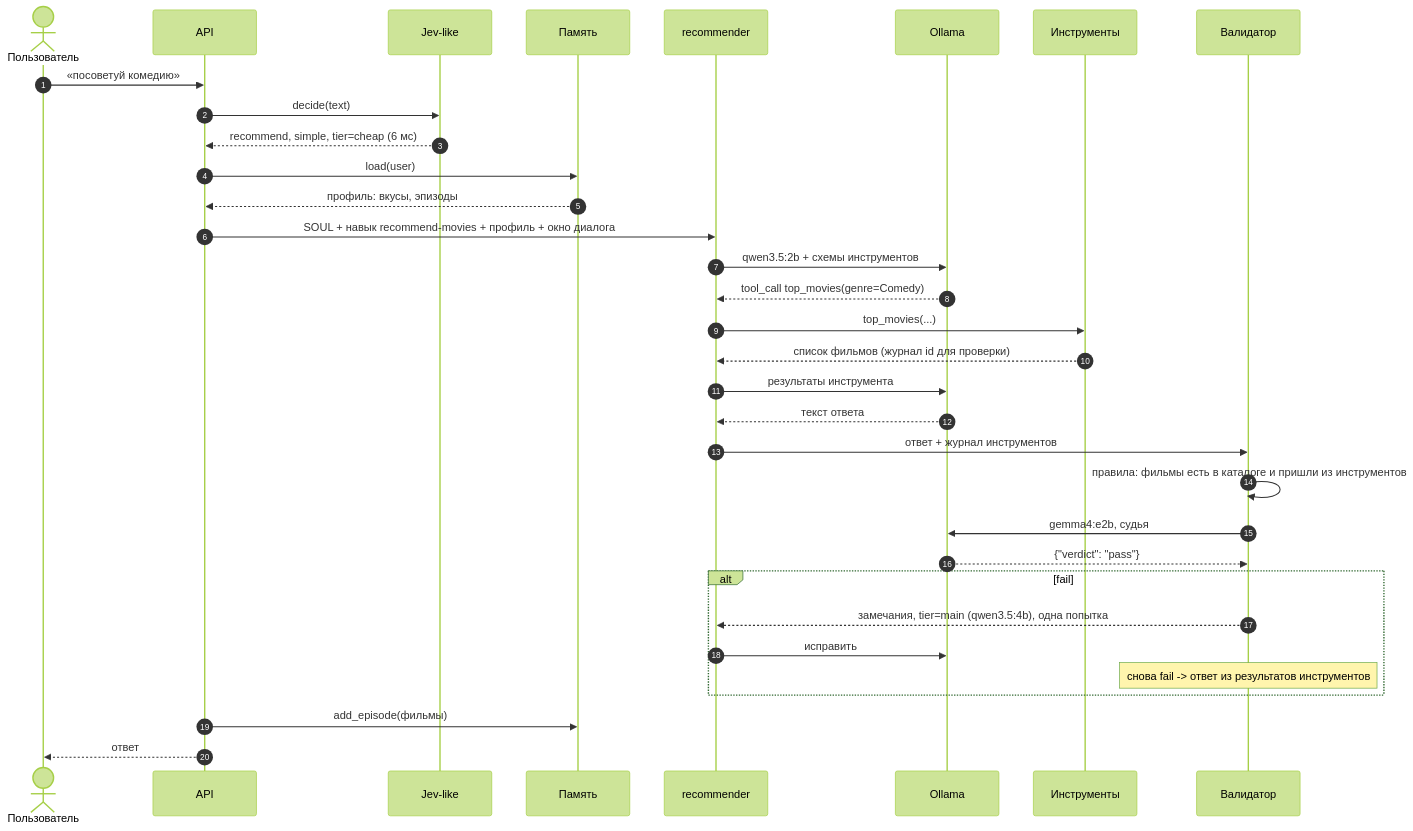
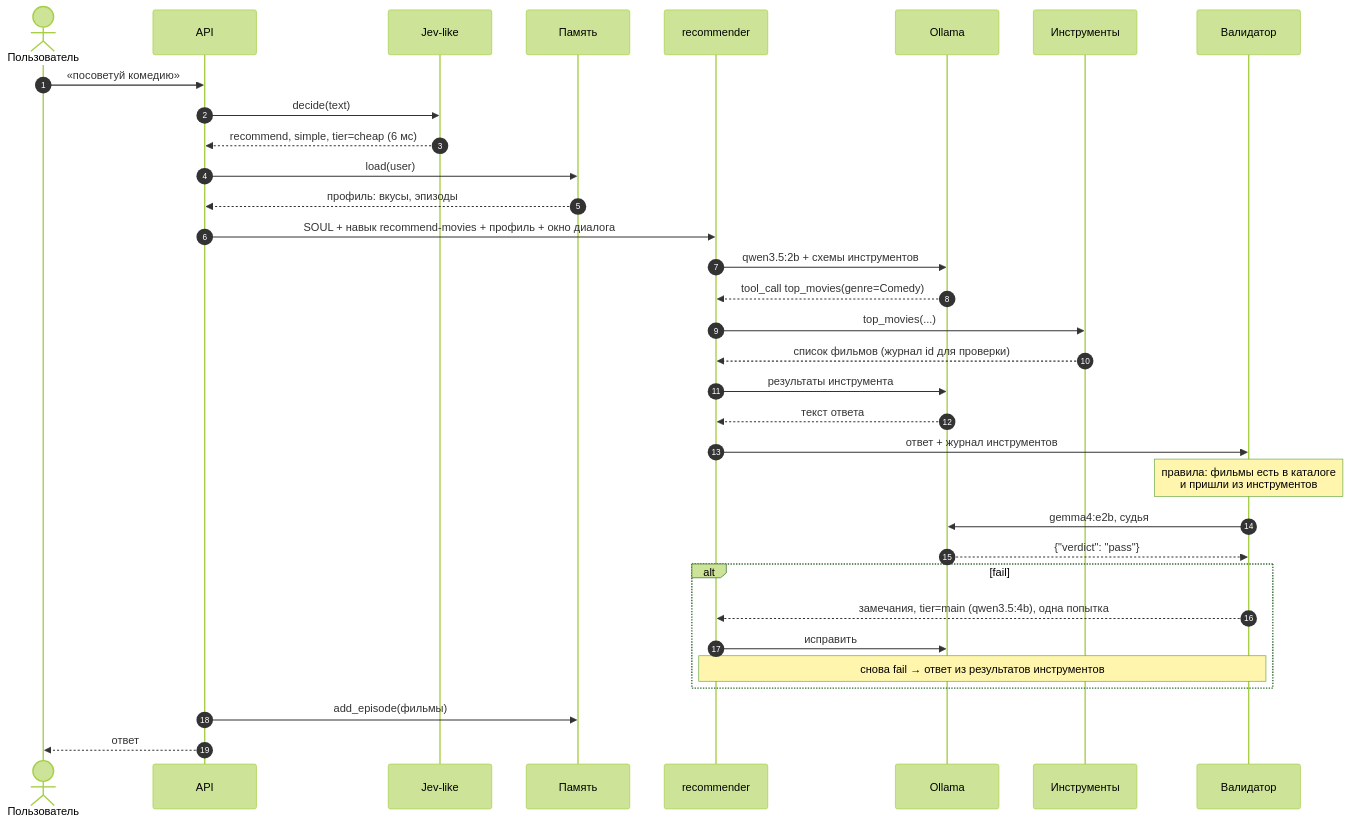
The ninth of 11 diagrams in docs/ARCHITECTURE.md (sstegss/movie-agents), drawn with Mermaid (forest theme) before and after one commit. The commit also changed other lines of this file, not shown here.

First line of the commit message:
Architecture: redraw C4 diagrams as flowcharts so labels do not overlap

````diff
--- a/docs/ARCHITECTURE.md
+++ b/docs/ARCHITECTURE.md
@@ -341,36 +361,36 @@
 ```mermaid
 sequenceDiagram
   autonumber
   actor U as Пользователь
   participant API as API
   participant G as Jev-like
   participant M as Память
   participant R as recommender
   participant L as Ollama
   participant T as Инструменты
   participant V as Валидатор
 
   U->>API: «посоветуй комедию»
   API->>G: decide(text)
   G-->>API: recommend, simple, tier=cheap (6 мс)
   API->>M: load(user)
   M-->>API: профиль: вкусы, эпизоды
   API->>R: SOUL + навык recommend-movies + профиль + окно диалога
   R->>L: qwen3.5:2b + схемы инструментов
   L-->>R: tool_call top_movies(genre=Comedy)
   R->>T: top_movies(...)
   T-->>R: список фильмов (журнал id для проверки)
   R->>L: результаты инструмента
   L-->>R: текст ответа
   R->>V: ответ + журнал инструментов
-  V->>V: правила: фильмы есть в каталоге и пришли из инструментов
+  Note over V: правила: фильмы есть в каталоге<br/>и пришли из инструментов
   V->>L: gemma4:e2b, судья
   L-->>V: {"verdict": "pass"}
   alt fail
     V-->>R: замечания, tier=main (qwen3.5:4b), одна попытка
     R->>L: исправить
-    Note over V: снова fail -> ответ из результатов инструментов
+    Note over R,V: снова fail → ответ из результатов инструментов
   end
   API->>M: add_episode(фильмы)
   API-->>U: ответ
 ```
````
